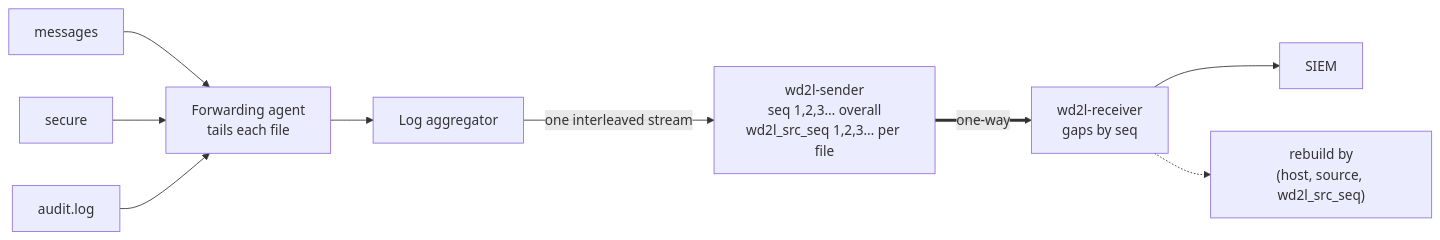
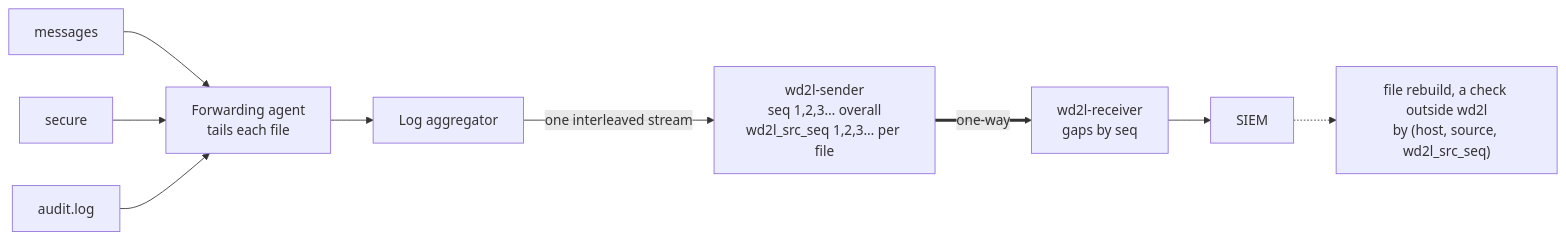
One commit to JoeHazurmoney/architecture-wiredata-to-log changed the diagram in docs/multiple-files.md. Above: the diagram before and after it, drawn with Mermaid. The commit also changed other lines of this file and 30 other files, not shown here.

````diff
--- a/docs/multiple-files.md
+++ b/docs/multiple-files.md
@@ -9,11 +10,11 @@
 ```mermaid
 flowchart LR
   M[messages] --> UF
   S[secure] --> UF
   A[audit.log] --> UF
   UF[Forwarding agent<br/>tails each file] --> AGG[Log aggregator]
   AGG -- "one interleaved stream" --> SND["wd2l-sender<br/>seq 1,2,3… overall<br/>wd2l_src_seq 1,2,3… per file"]
   SND == "one-way" ==> RCV["wd2l-receiver<br/>gaps by seq"]
   RCV --> SIEM[SIEM]
-  RCV -.-> RB["rebuild by<br/>(host, source, wd2l_src_seq)"]
+  SIEM -.-> RB["file rebuild, a check outside wd2l<br/>by (host, source, wd2l_src_seq)"]
 ```
````
